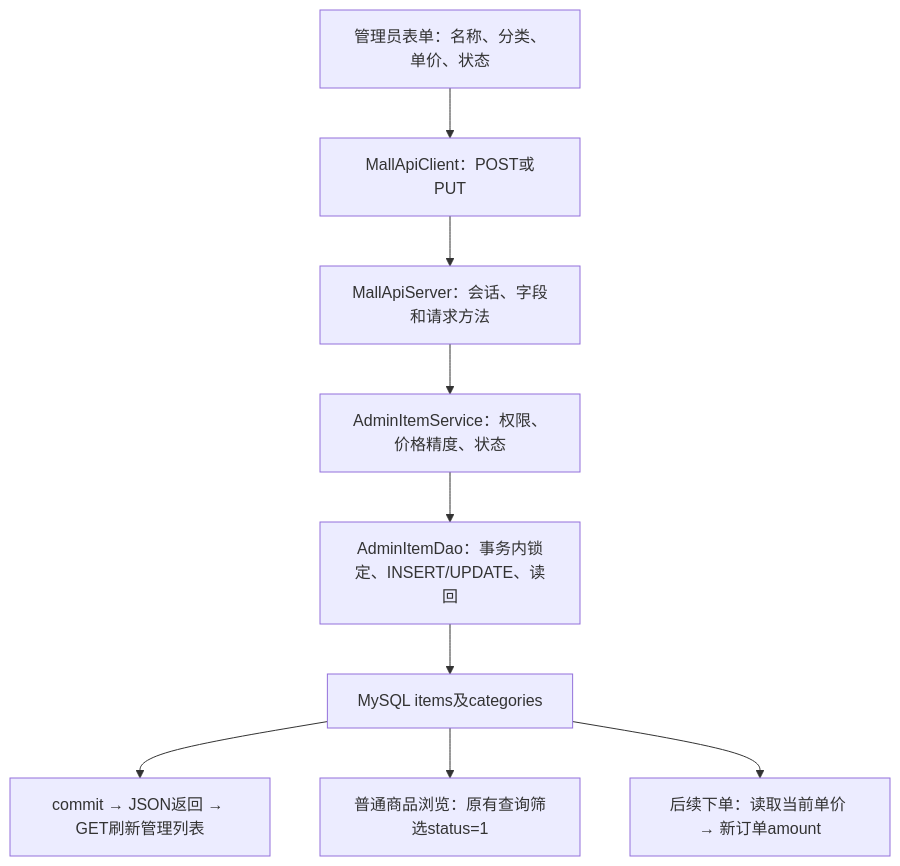
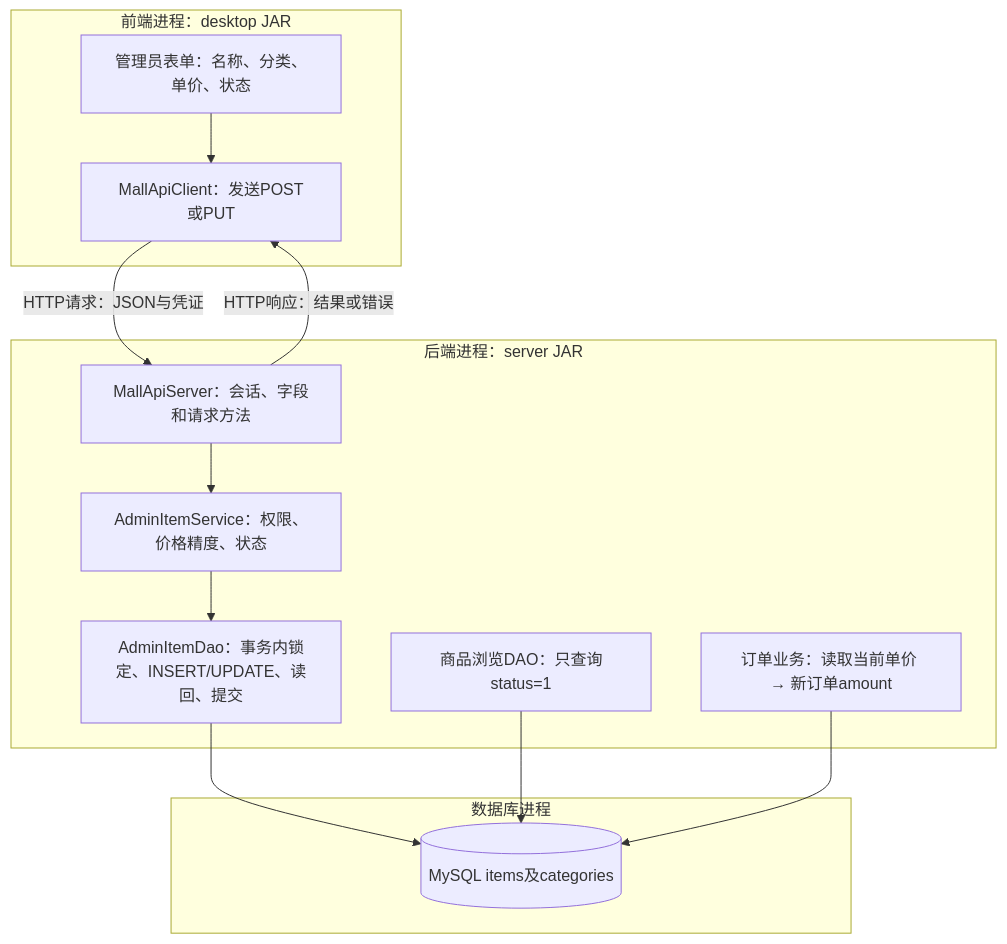
The diagram in docs/商品基础信息维护实操.md (Nisecata1/sports-mall), drawn with Mermaid before and after one commit. The commit also changed other lines of this file and 19 other files, not shown here.

````diff
--- a/docs/商品基础信息维护实操.md
+++ b/docs/商品基础信息维护实操.md
@@ -76,11 +76,20 @@
 ```mermaid
 flowchart TD
-    A["管理员表单：名称、分类、单价、状态"] --> B["MallApiClient：POST或PUT"]
-    B --> C["MallApiServer：会话、字段和请求方法"]
-    C --> D["AdminItemService：权限、价格精度、状态"]
-    D --> E["AdminItemDao：事务内锁定、INSERT/UPDATE、读回"]
-    E --> F["MySQL items及categories"]
-    F --> G["commit → JSON返回 → GET刷新管理列表"]
-    F --> H["普通商品浏览：原有查询筛选status=1"]
-    F --> I["后续下单：读取当前单价 → 新订单amount"]
+    subgraph FRONT["前端进程：desktop JAR"]
+        A["管理员表单：名称、分类、单价、状态"] --> B["MallApiClient：发送POST或PUT"]
+    end
+    subgraph BACK["后端进程：server JAR"]
+        C["MallApiServer：会话、字段和请求方法"] --> D["AdminItemService：权限、价格精度、状态"]
+        D --> E["AdminItemDao：事务内锁定、INSERT/UPDATE、读回、提交"]
+        H["商品浏览DAO：只查询status=1"]
+        I["订单业务：读取当前单价 → 新订单amount"]
+    end
+    subgraph DB["数据库进程"]
+        F[("MySQL items及categories")]
+    end
+    B -->|"HTTP请求：JSON与凭证"| C
+    C -->|"HTTP响应：结果或错误"| B
+    E --> F
+    H --> F
+    I --> F
 ```
````
